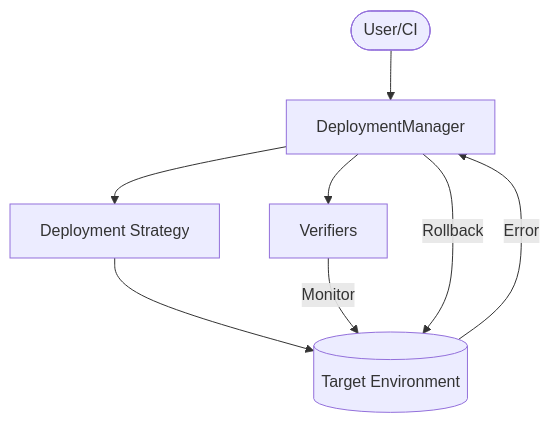
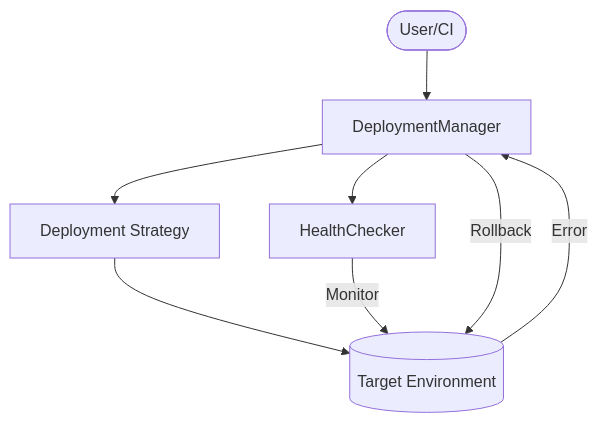
The diagram in src/codomyrmex/deployment/SPEC.md (docxology/codomyrmex), drawn with Mermaid before and after one commit. The commit also changed other lines of this file and 402 other files, not shown here.

````diff
--- a/src/codomyrmex/deployment/SPEC.md
+++ b/src/codomyrmex/deployment/SPEC.md
@@ -18,10 +18,10 @@
 ```mermaid
 graph TD
     User([User/CI]) --> DM[DeploymentManager]
     DM --> Strat[Deployment Strategy]
-    DM --> Ver[Verifiers]
+    DM --> Ver[HealthChecker]
     Strat --> Env[(Target Environment)]
     Ver -->|Monitor| Env
     Env -->|Error| DM
     DM -->|Rollback| Env
 ```
````
